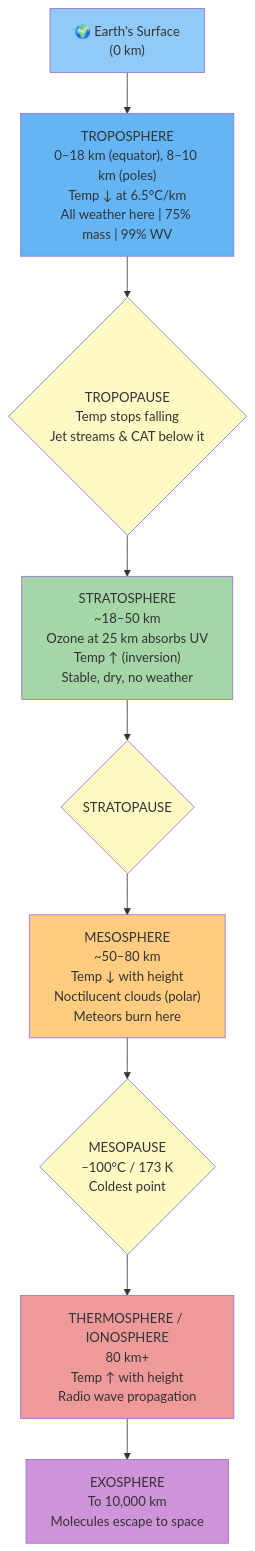
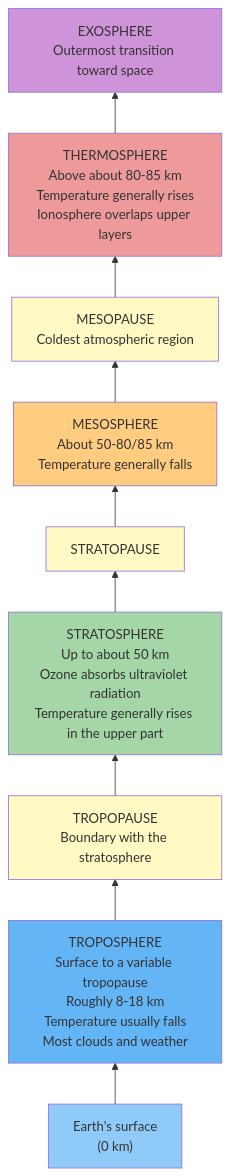
One commit to pankajpahil-code/ghost-aviator changed the diagram in tools/diagrams/sources/meteorology/met-1/diagram-01.mmd. Above: the diagram before and after it, drawn with Mermaid. The commit also changed 482 other files, not shown here.

Commit message:
Repair portable notes diagrams and clarify atmospheric weather limits

```diff
--- a/tools/diagrams/sources/meteorology/met-1/diagram-01.mmd
+++ b/tools/diagrams/sources/meteorology/met-1/diagram-01.mmd
@@ -1,18 +1,18 @@
-flowchart TD
-    A["🌍 Earth's Surface\n(0 km)"] --> B["TROPOSPHERE\n0–18 km (equator), 8–10 km (poles)\nTemp ↓ at 6.5°C/km\nAll weather here | 75% mass | 99% WV"]
-    B --> C{"TROPOPAUSE\nTemp stops falling\nJet streams & CAT below it"}
-    C --> D["STRATOSPHERE\n~18–50 km\nOzone at 25 km absorbs UV\nTemp ↑ (inversion)\nStable, dry, no weather"]
-    D --> E{"STRATOPAUSE"}
-    E --> F["MESOSPHERE\n~50–80 km\nTemp ↓ with height\nNoctilucent clouds (polar)\nMeteors burn here"]
-    F --> G{"MESOPAUSE\n–100°C / 173 K\nColdest point"}
-    G --> H["THERMOSPHERE / IONOSPHERE\n80 km+\nTemp ↑ with height\nRadio wave propagation"]
-    H --> I["EXOSPHERE\nTo 10,000 km\nMolecules escape to space"]
+flowchart BT
+    A["Earth's surface<br/>(0 km)"] --> B["TROPOSPHERE<br/>Surface to a variable tropopause<br/>Roughly 8-18 km<br/>Temperature usually falls<br/>Most clouds and weather"]
+    B --> C["TROPOPAUSE<br/>Boundary with the stratosphere"]
+    C --> D["STRATOSPHERE<br/>Up to about 50 km<br/>Ozone absorbs ultraviolet radiation<br/>Temperature generally rises in the upper part"]
+    D --> E["STRATOPAUSE"]
+    E --> F["MESOSPHERE<br/>About 50-80/85 km<br/>Temperature generally falls"]
+    F --> G["MESOPAUSE<br/>Coldest atmospheric region"]
+    G --> H["THERMOSPHERE<br/>Above about 80-85 km<br/>Temperature generally rises<br/>Ionosphere overlaps upper layers"]
+    H --> I["EXOSPHERE<br/>Outermost transition toward space"]
     style A fill:#90caf9
     style B fill:#64b5f6
     style C fill:#fff9c4
     style D fill:#a5d6a7
     style E fill:#fff9c4
     style F fill:#ffcc80
     style G fill:#fff9c4
     style H fill:#ef9a9a
     style I fill:#ce93d8
```
